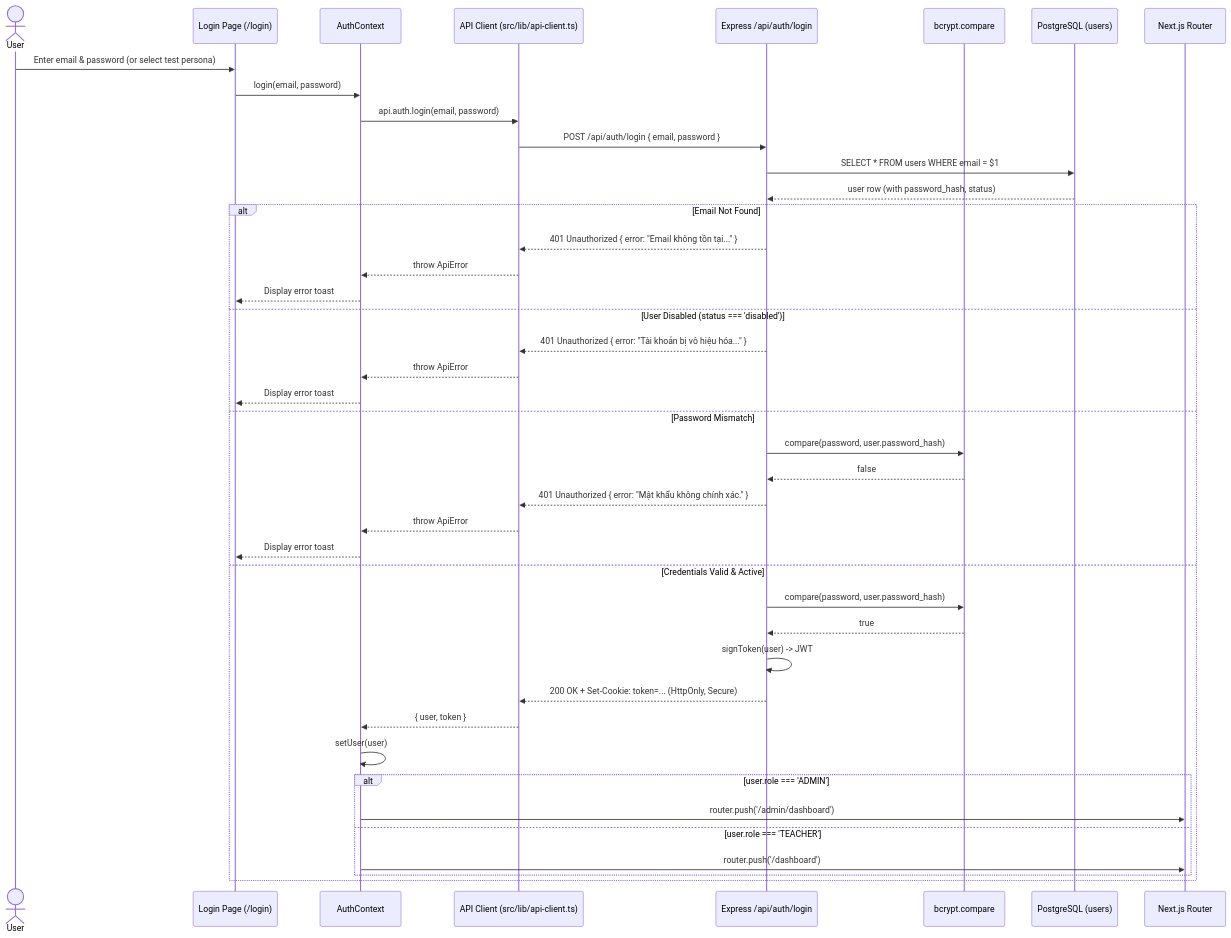
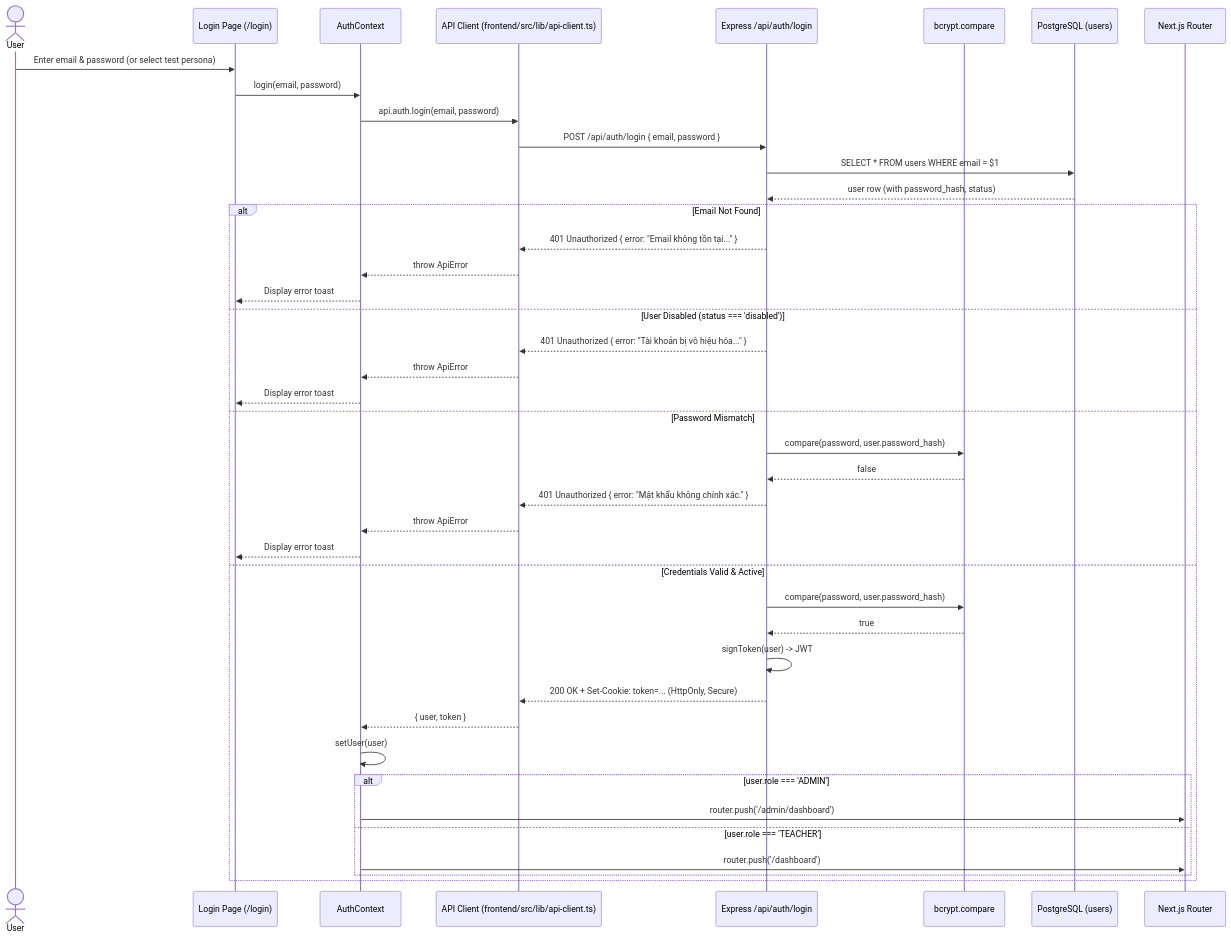
One commit to tranhohoangvu/class-manager changed the diagram in docs/security/authentication.md. Above: the diagram before and after it, drawn with Mermaid. The commit also changed other lines of this file and 88 other files, not shown here.

````diff
--- a/docs/security/authentication.md
+++ b/docs/security/authentication.md
@@ -7,46 +7,46 @@
 ```mermaid
 sequenceDiagram
     actor User
     participant UI as Login Page (/login)
     participant AuthCtx as AuthContext
-    participant ApiClient as API Client (src/lib/api-client.ts)
+    participant ApiClient as API Client (frontend/src/lib/api-client.ts)
     participant Express as Express /api/auth/login
     participant Bcrypt as bcrypt.compare
     participant Pg as PostgreSQL (users)
     participant Router as Next.js Router
 
     User->>UI: Enter email & password (or select test persona)
     UI->>AuthCtx: login(email, password)
     AuthCtx->>ApiClient: api.auth.login(email, password)
     ApiClient->>Express: POST /api/auth/login { email, password }
     Express->>Pg: SELECT * FROM users WHERE email = $1
     Pg-->>Express: user row (with password_hash, status)
 
     alt Email Not Found
         Express-->>ApiClient: 401 Unauthorized { error: "Email không tồn tại..." }
         ApiClient-->>AuthCtx: throw ApiError
         AuthCtx-->>UI: Display error toast
     else User Disabled (status === 'disabled')
         Express-->>ApiClient: 401 Unauthorized { error: "Tài khoản bị vô hiệu hóa..." }
         ApiClient-->>AuthCtx: throw ApiError
         AuthCtx-->>UI: Display error toast
     else Password Mismatch
         Express->>Bcrypt: compare(password, user.password_hash)
         Bcrypt-->>Express: false
         Express-->>ApiClient: 401 Unauthorized { error: "Mật khẩu không chính xác." }
         ApiClient-->>AuthCtx: throw ApiError
         AuthCtx-->>UI: Display error toast
     else Credentials Valid & Active
         Express->>Bcrypt: compare(password, user.password_hash)
         Bcrypt-->>Express: true
         Express->>Express: signToken(user) -> JWT
         Express-->>ApiClient: 200 OK + Set-Cookie: token=... (HttpOnly, Secure)
         ApiClient-->>AuthCtx: { user, token }
         AuthCtx->>AuthCtx: setUser(user)
         alt user.role === 'ADMIN'
             AuthCtx->>Router: router.push('/admin/dashboard')
         else user.role === 'TEACHER'
             AuthCtx->>Router: router.push('/dashboard')
         end
     end
 ```
````
